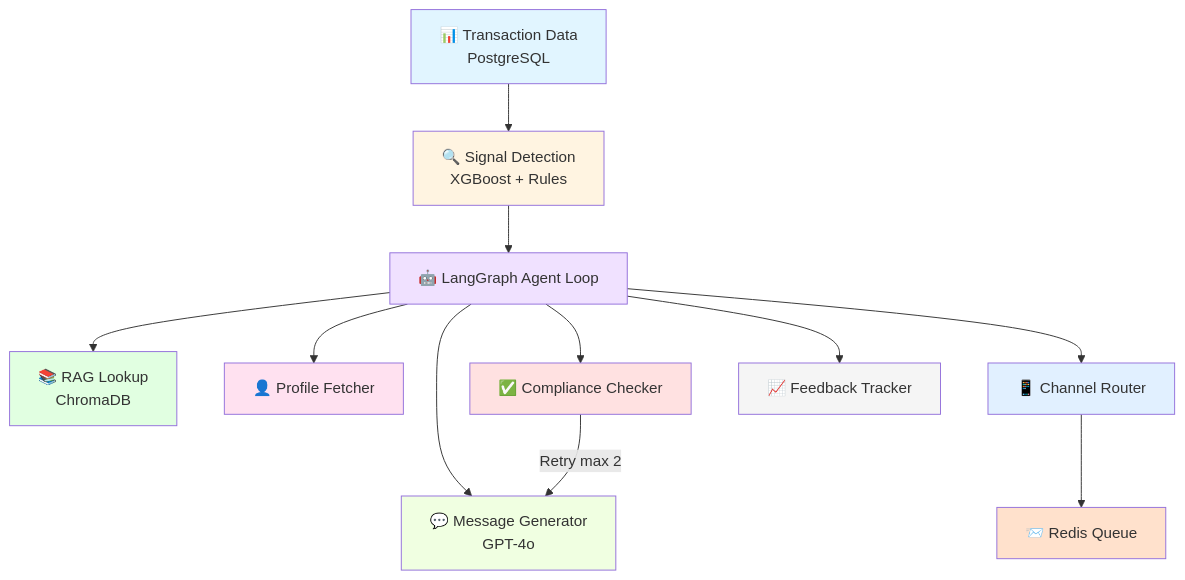
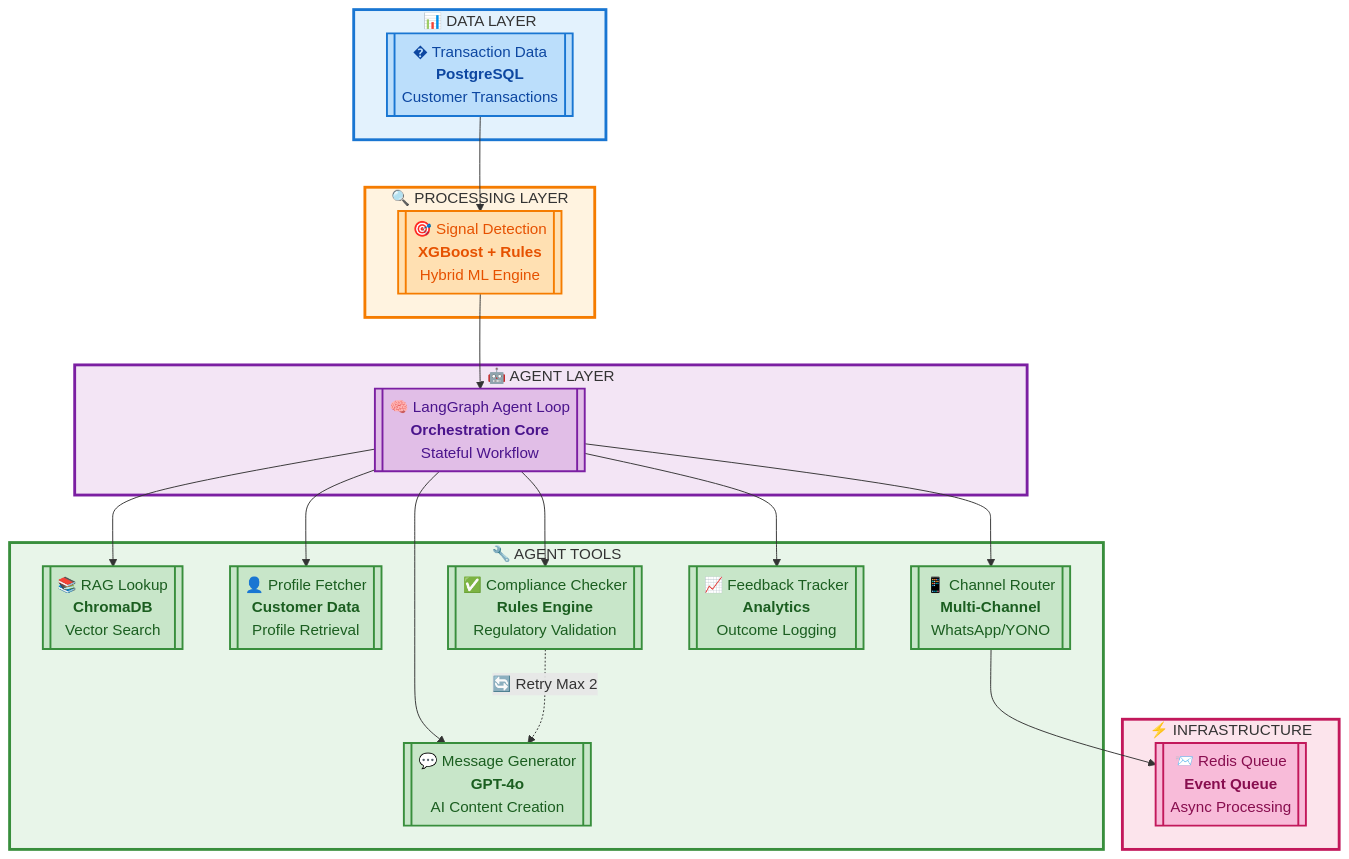
The first of 2 diagrams in README.md (Harsimran-Dalal/lifesignal-sbi), drawn with Mermaid before and after one commit. The commit also changed other lines of this file, not shown here.

Commit message:
Enhance architecture diagrams with better visibility and professional styling

````diff
--- a/README.md
+++ b/README.md
@@ -39,26 +39,55 @@
 ```mermaid
 graph TB
-    A[📊 Transaction Data<br/>PostgreSQL] --> B[🔍 Signal Detection<br/>XGBoost + Rules]
-    B --> C[🤖 LangGraph Agent Loop]
+    subgraph Data_Layer["📊 DATA LAYER"]
+        A[["� Transaction Data<br/><b>PostgreSQL</b><br/>Customer Transactions"]]
+    end
     
-    C --> D[📚 RAG Lookup<br/>ChromaDB]
-    C --> E[👤 Profile Fetcher]
-    C --> F[💬 Message Generator<br/>GPT-4o]
-    C --> G[✅ Compliance Checker]
-    C --> H[📱 Channel Router]
-    C --> I[📈 Feedback Tracker]
+    subgraph Processing_Layer["🔍 PROCESSING LAYER"]
+        B[["🎯 Signal Detection<br/><b>XGBoost + Rules</b><br/>Hybrid ML Engine"]]
+    end
     
-    G -->|Retry max 2| F
-    H --> J[📨 Redis Queue]
+    subgraph Agent_Layer["🤖 AGENT LAYER"]
+        C[["🧠 LangGraph Agent Loop<br/><b>Orchestration Core</b><br/>Stateful Workflow"]]
+    end
     
-    style A fill:#e1f5ff
-    style B fill:#fff4e1
-    style C fill:#f0e1ff
-    style D fill:#e1ffe1
-    style E fill:#ffe1f0
-    style F fill:#f0ffe1
-    style G fill:#ffe1e1
-    style H fill:#e1f0ff
-    style I fill:#f5f5f5
-    style J fill:#ffe1cc
+    subgraph Tools_Layer["🔧 AGENT TOOLS"]
+        D[["📚 RAG Lookup<br/><b>ChromaDB</b><br/>Vector Search"]]
+        E[["👤 Profile Fetcher<br/><b>Customer Data</b><br/>Profile Retrieval"]]
+        F[["💬 Message Generator<br/><b>GPT-4o</b><br/>AI Content Creation"]]
+        G[["✅ Compliance Checker<br/><b>Rules Engine</b><br/>Regulatory Validation"]]
+        H[["📱 Channel Router<br/><b>Multi-Channel</b><br/>WhatsApp/YONO"]]
+        I[["📈 Feedback Tracker<br/><b>Analytics</b><br/>Outcome Logging"]]
+    end
+    
+    subgraph Infrastructure["⚡ INFRASTRUCTURE"]
+        J[["📨 Redis Queue<br/><b>Event Queue</b><br/>Async Processing"]]
+    end
+    
+    A --> B
+    B --> C
+    C --> D
+    C --> E
+    C --> F
+    C --> G
+    C --> H
+    C --> I
+    G -.->|🔄 Retry Max 2| F
+    H --> J
+    
+    style Data_Layer fill:#e3f2fd,stroke:#1976d2,stroke-width:3px
+    style Processing_Layer fill:#fff3e0,stroke:#f57c00,stroke-width:3px
+    style Agent_Layer fill:#f3e5f5,stroke:#7b1fa2,stroke-width:3px
+    style Tools_Layer fill:#e8f5e9,stroke:#388e3c,stroke-width:3px
+    style Infrastructure fill:#fce4ec,stroke:#c2185b,stroke-width:3px
+    
+    style A fill:#bbdefb,stroke:#1976d2,stroke-width:2px,color:#0d47a1
+    style B fill:#ffe0b2,stroke:#f57c00,stroke-width:2px,color:#e65100
+    style C fill:#e1bee7,stroke:#7b1fa2,stroke-width:2px,color:#4a148c
+    style D fill:#c8e6c9,stroke:#388e3c,stroke-width:2px,color:#1b5e20
+    style E fill:#c8e6c9,stroke:#388e3c,stroke-width:2px,color:#1b5e20
+    style F fill:#c8e6c9,stroke:#388e3c,stroke-width:2px,color:#1b5e20
+    style G fill:#c8e6c9,stroke:#388e3c,stroke-width:2px,color:#1b5e20
+    style H fill:#c8e6c9,stroke:#388e3c,stroke-width:2px,color:#1b5e20
+    style I fill:#c8e6c9,stroke:#388e3c,stroke-width:2px,color:#1b5e20
+    style J fill:#f8bbd9,stroke:#c2185b,stroke-width:2px,color:#880e4f
 ```
````
